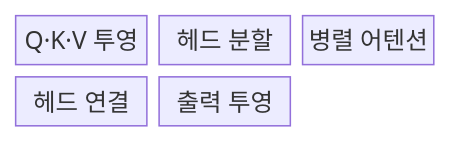
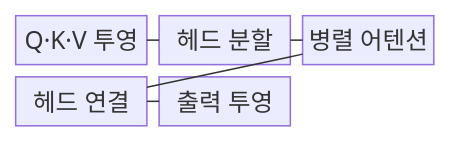
Before and after one commit to agnusdei1207/knowledge-base: the first of 2 diagrams in src/content/docs/notes/08-latest-tech/030_multi_head_attention.md, drawn with Mermaid. The commit also changed other lines of this file and 228 other files, not shown here.

````diff
--- a/src/content/docs/notes/08-latest-tech/030_multi_head_attention.md
+++ b/src/content/docs/notes/08-latest-tech/030_multi_head_attention.md
@@ -51,9 +51,13 @@
 ```mermaid
 block-beta
     columns 3
     P["Q·K·V 투영"]
     S["헤드 분할"]
     H["병렬 어텐션"]
     C["헤드 연결"]
     O["출력 투영"]
+    P --- S
+    S --- H
+    H --- C
+    C --- O
 ```
````
